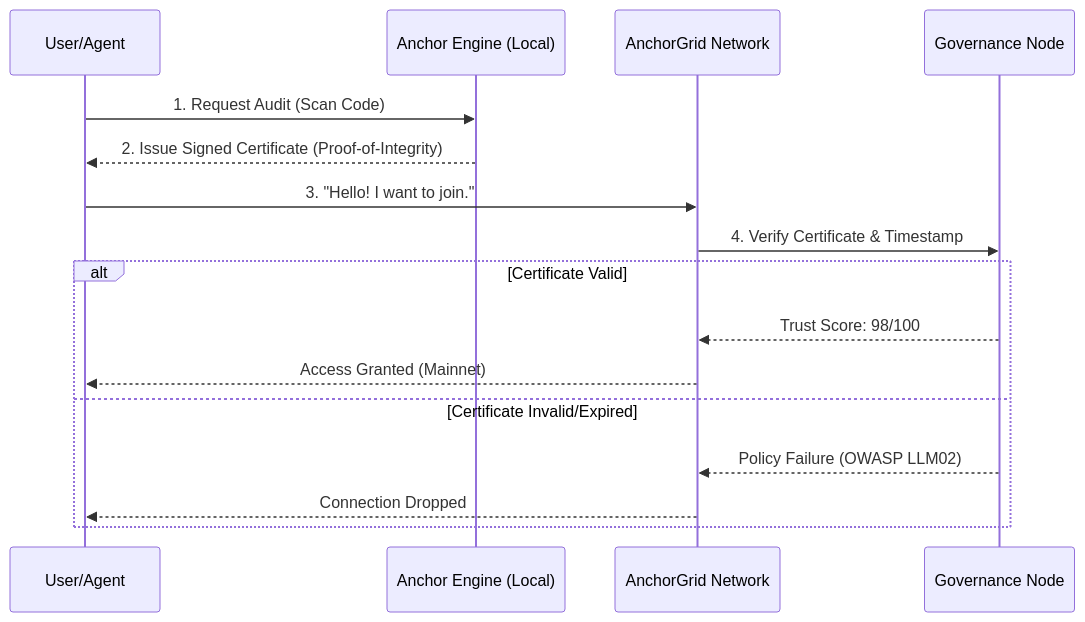
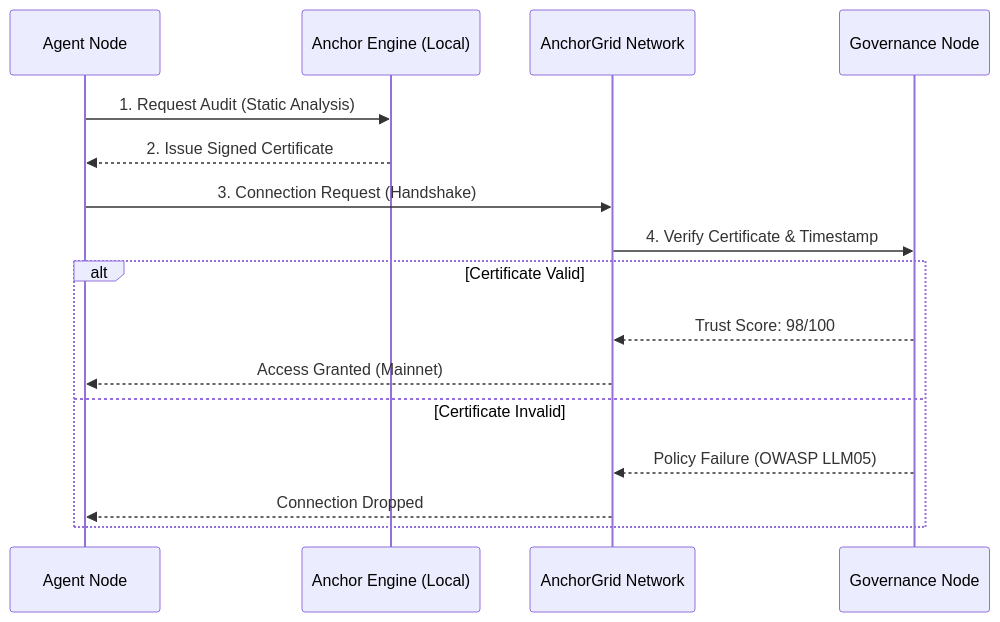
The diagram in README.md (quantforge-ai/AnchorGrid-hub), drawn with Mermaid before and after one commit. The commit also changed other lines of this file, not shown here.

Commit message:
docs: Update Architecture Mermaid diagram with refined labels

````diff
--- a/README.md
+++ b/README.md
@@ -88,21 +88,21 @@
 ```mermaid
 sequenceDiagram
-    participant User as User/Agent
+    participant Agent as Agent Node
     participant Engine as Anchor Engine (Local)
     participant Network as AnchorGrid Network
-    participant Bouncer as Governance Node
+    participant Verifier as Governance Node
 
-    User->>Engine: 1. Request Audit (Scan Code)
-    Engine-->>User: 2. Issue Signed Certificate (Proof-of-Integrity)
+    Agent->>Engine: 1. Request Audit (Static Analysis)
+    Engine-->>Agent: 2. Issue Signed Certificate
     
-    User->>Network: 3. "Hello! I want to join."
-    Network->>Bouncer: 4. Verify Certificate & Timestamp
+    Agent->>Network: 3. Connection Request (Handshake)
+    Network->>Verifier: 4. Verify Certificate & Timestamp
     
     alt Certificate Valid
-        Bouncer-->>Network: Trust Score: 98/100
-        Network-->>User: Access Granted (Mainnet)
-    else Certificate Invalid/Expired
-        Bouncer-->>Network: Policy Failure (OWASP LLM02)
-        Network-->>User: Connection Dropped
+        Verifier-->>Network: Trust Score: 98/100
+        Network-->>Agent: Access Granted (Mainnet)
+    else Certificate Invalid
+        Verifier-->>Network: Policy Failure (OWASP LLM05)
+        Network-->>Agent: Connection Dropped
     end
 ```
````
